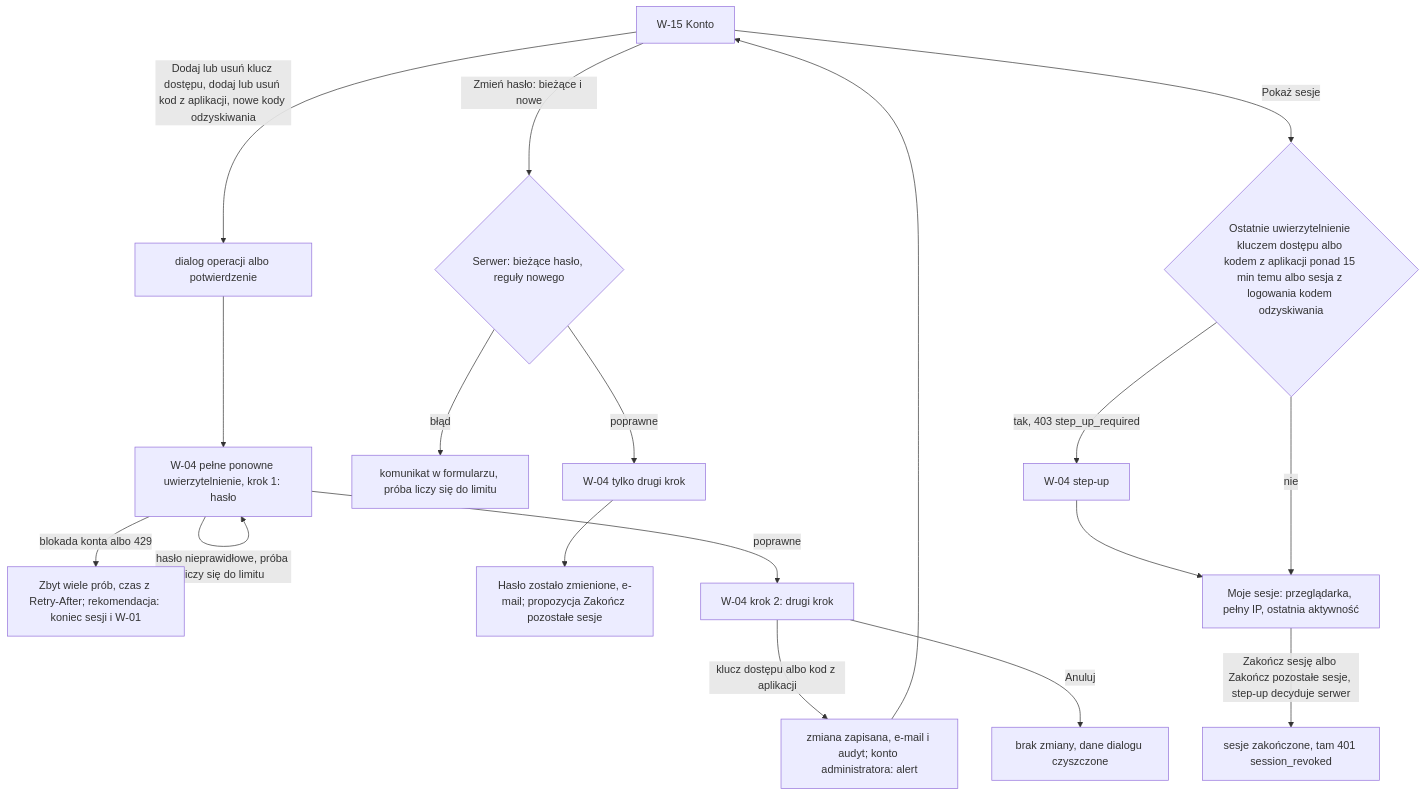
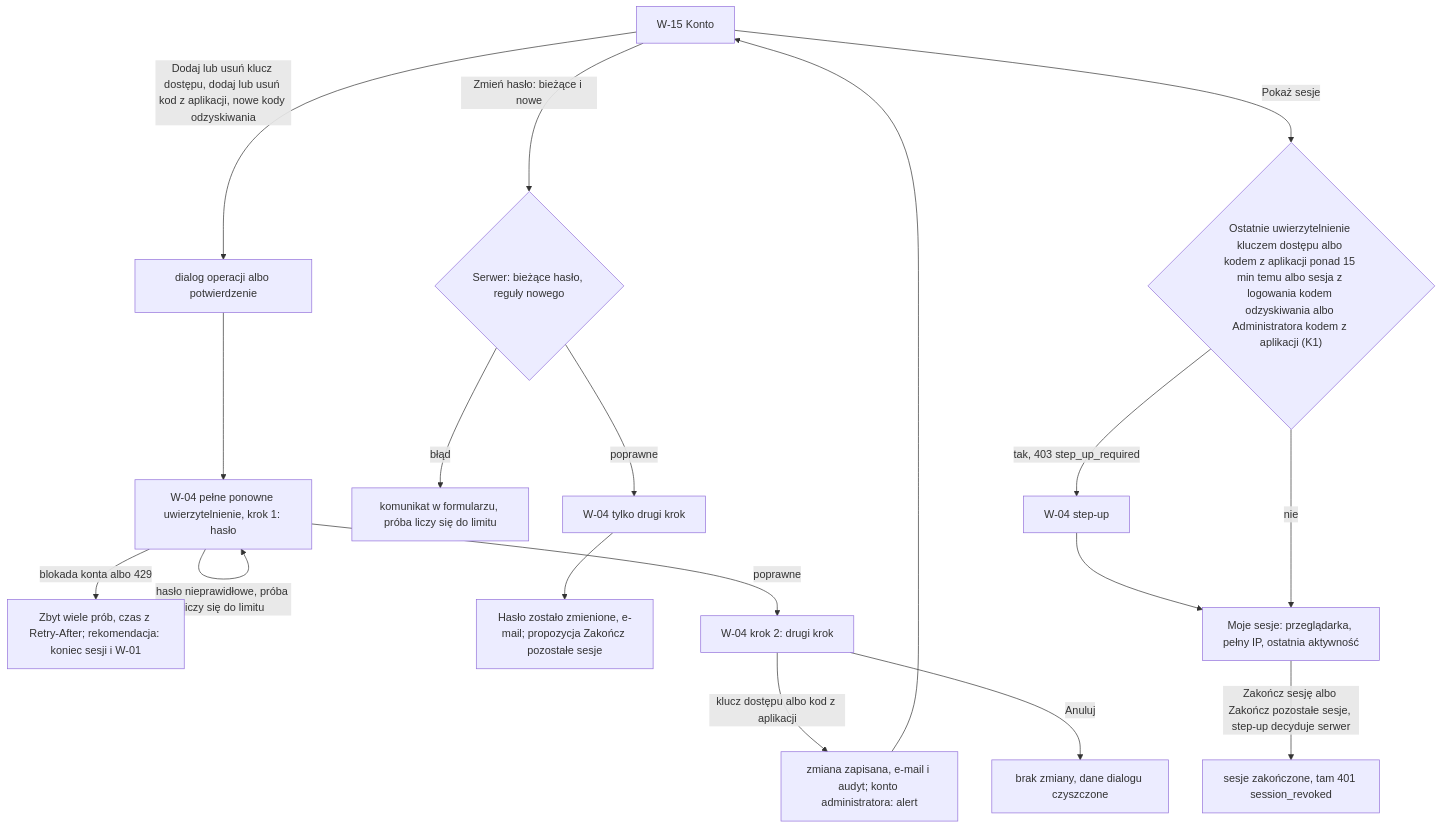
One commit to konradkluz/evia-manager changed the first of 3 diagrams in docs/ux/flows/12-konto-i-administracja.md. Above: the diagram before and after it, drawn with Mermaid. The commit also changed other lines of this file and 122 other files, not shown here.

````diff
--- a/docs/ux/flows/12-konto-i-administracja.md
+++ b/docs/ux/flows/12-konto-i-administracja.md
@@ -17,20 +17,20 @@
 ```mermaid
 flowchart TD
   K["W-15 Konto"] -->|"Dodaj lub usuń klucz dostępu, dodaj lub usuń kod z aplikacji, nowe kody odzyskiwania"| D["dialog operacji albo potwierdzenie"]
   D --> R1["W-04 pełne ponowne uwierzytelnienie, krok 1: hasło"]
   R1 -->|"hasło nieprawidłowe, próba liczy się do limitu"| R1
   R1 -->|"blokada konta albo 429"| RB["Zbyt wiele prób, czas z Retry-After; rekomendacja: koniec sesji i W-01"]
   R1 -->|"poprawne"| R2["W-04 krok 2: drugi krok"]
   R2 -->|"klucz dostępu albo kod z aplikacji"| OK["zmiana zapisana, e-mail i audyt; konto administratora: alert"]
   R2 -->|"Anuluj"| K0["brak zmiany, dane dialogu czyszczone"]
   OK --> K
   K -->|"Zmień hasło: bieżące i nowe"| H{"Serwer: bieżące hasło, reguły nowego"}
   H -->|"błąd"| HE["komunikat w formularzu, próba liczy się do limitu"]
   H -->|"poprawne"| H2["W-04 tylko drugi krok"]
   H2 --> H3["Hasło zostało zmienione, e-mail; propozycja Zakończ pozostałe sesje"]
-  K -->|"Pokaż sesje"| S{"Ostatnie uwierzytelnienie kluczem dostępu albo kodem z aplikacji ponad 15 min temu albo sesja z logowania kodem odzyskiwania"}
+  K -->|"Pokaż sesje"| S{"Ostatnie uwierzytelnienie kluczem dostępu albo kodem z aplikacji ponad 15 min temu albo sesja z logowania kodem odzyskiwania albo Administratora kodem z aplikacji (K1)"}
   S -->|"tak, 403 step_up_required"| S1["W-04 step-up"]
   S1 --> S2["Moje sesje: przeglądarka, pełny IP, ostatnia aktywność"]
   S -->|"nie"| S2
   S2 -->|"Zakończ sesję albo Zakończ pozostałe sesje, step-up decyduje serwer"| S3["sesje zakończone, tam 401 session_revoked"]
 ```
````
